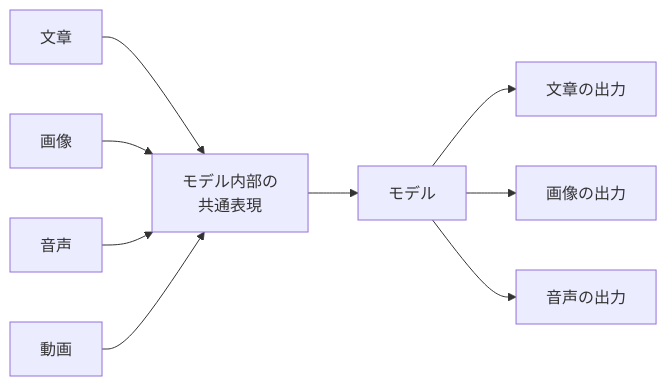
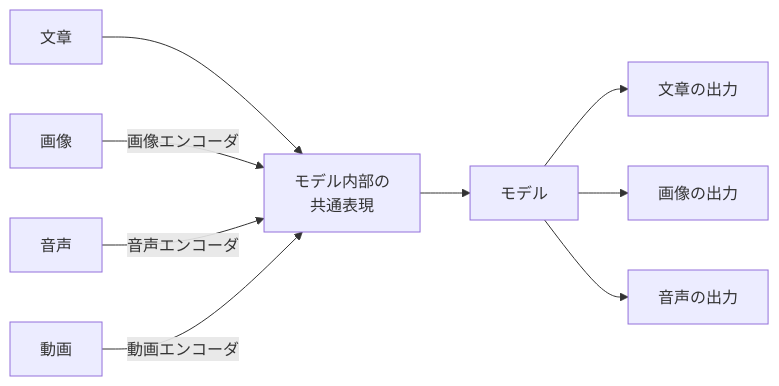
Before and after one commit to ma2saka/docs-claude-sample: the diagram in docs/03-multimodal.md, drawn with Mermaid.

Commit message:
docs: 03章マルチモーダル節のmermaid図に画像／音声／動画エンコーダのエッジラベルを付与
03章L17の本文では「画像や音声を扱う場合は専用のエンコーダ層やembedding
空間への射影といった、テキストとは別の処理を組み合わせるのが通例です」
と前段のエンコーダに触れているが、続くmermaid図では各様式の入力が無
ラベルの矢印で共通表現ノードへつながっており、本文の「前段＝様式ごとの
エンコーダ」の対応が図上では取りにくかった。

各様式の入力エッジに `画像エンコーダ／音声エンコーダ／動画エンコーダ`
のラベルを付与し、本文の説明と図の対応を明示する。文章の入力はトークン
化の話に対応するため、エッジラベルなしの素直な矢印のまま残す。

本変更はmermaid図のみで、本文・節タイトル・まとめは変更しない。

````diff
--- a/docs/03-multimodal.md
+++ b/docs/03-multimodal.md
@@ -19,11 +19,11 @@
 ```mermaid
 flowchart LR
     T["文章"] --> E["モデル内部の<br/>共通表現"]
-    I["画像"] --> E
-    A["音声"] --> E
-    V["動画"] --> E
+    I["画像"] -->|画像エンコーダ| E
+    A["音声"] -->|音声エンコーダ| E
+    V["動画"] -->|動画エンコーダ| E
     E --> M["モデル"]
     M --> OT["文章の出力"]
     M --> OI["画像の出力"]
     M --> OA["音声の出力"]
 ```
````
